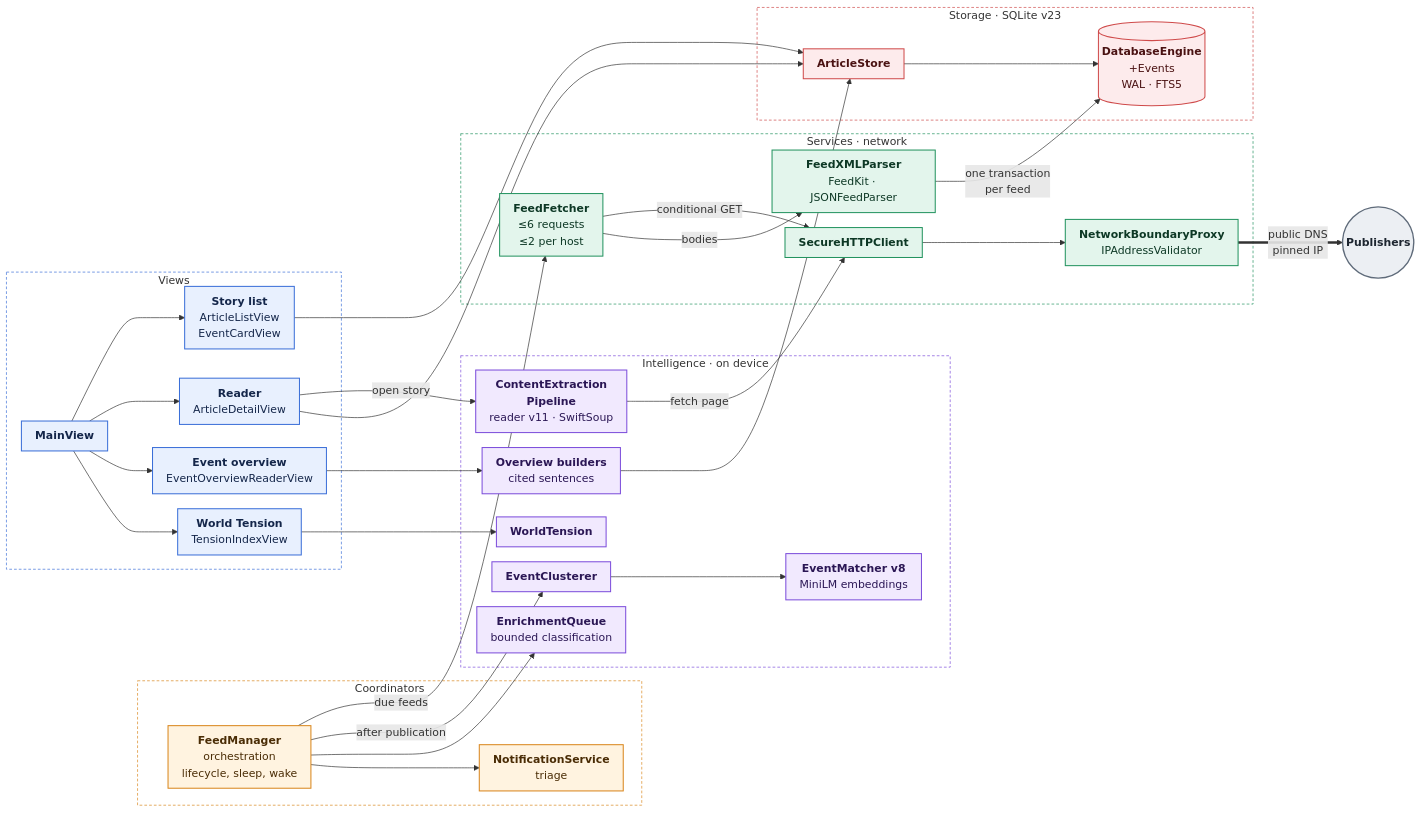
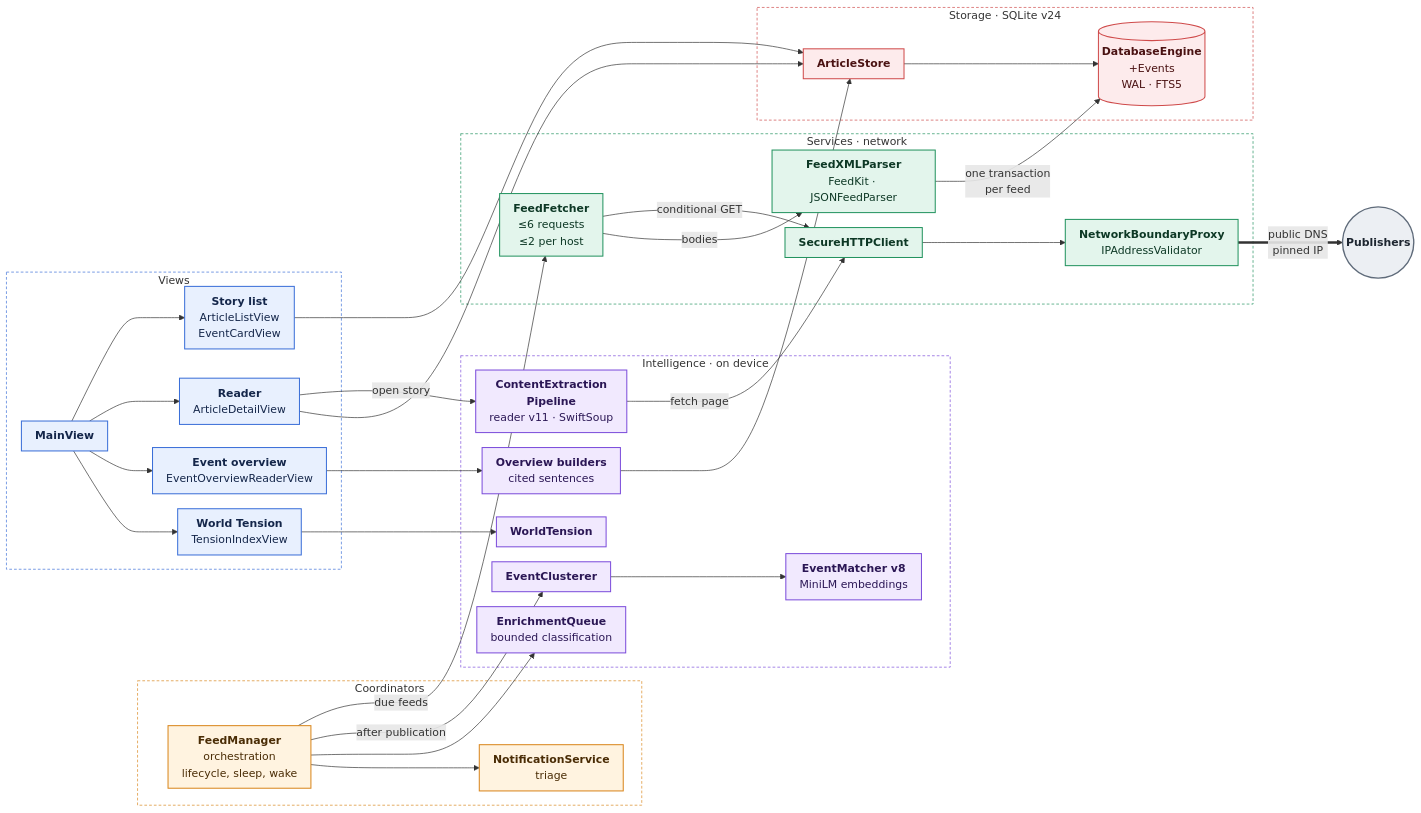
One commit to marspater/NewsApp-macOS changed the first of 3 diagrams in docs/ARCHITECTURE.md. Above: the diagram before and after it, drawn with Mermaid. The commit also changed other lines of this file and 20 other files, not shown here.

First line of the commit message:
feat(events): stored article signals, act-class veto and related-act links (matcher v9, schema v24)

````diff
--- a/docs/ARCHITECTURE.md
+++ b/docs/ARCHITECTURE.md
@@ -22,75 +22,75 @@
 ```mermaid
 %%{init: {"flowchart": {"curve": "basis", "nodeSpacing": 22, "rankSpacing": 44, "padding": 10}}}%%
 flowchart LR
     subgraph Coord["Coordinators"]
         FM["<b>FeedManager</b><br/>orchestration<br/>lifecycle, sleep, wake"]
         NS["<b>NotificationService</b><br/>triage"]
     end
 
     subgraph UI["Views"]
         Main["<b>MainView</b>"]
         List["<b>Story list</b><br/>ArticleListView<br/>EventCardView"]
         Reader["<b>Reader</b><br/>ArticleDetailView"]
         Overview["<b>Event overview</b><br/>EventOverviewReaderView"]
         Tension["<b>World Tension</b><br/>TensionIndexView"]
     end
 
     subgraph Intel["Intelligence · on device"]
         EQ["<b>EnrichmentQueue</b><br/>bounded classification"]
         EC["<b>EventClusterer</b>"]
         EM["<b>EventMatcher v8</b><br/>MiniLM embeddings"]
         CEP["<b>ContentExtraction<br/>Pipeline</b><br/>reader v11 · SwiftSoup"]
         OV["<b>Overview builders</b><br/>cited sentences"]
         WT["<b>WorldTension</b>"]
     end
 
     subgraph Svc["Services · network"]
         FF["<b>FeedFetcher</b><br/>≤6 requests<br/>≤2 per host"]
         Parse["<b>FeedXMLParser</b><br/>FeedKit · JSONFeedParser"]
         HTTP["<b>SecureHTTPClient</b>"]
         GW["<b>NetworkBoundaryProxy</b><br/>IPAddressValidator"]
     end
 
-    subgraph Store["Storage · SQLite v23"]
+    subgraph Store["Storage · SQLite v24"]
         AS["<b>ArticleStore</b>"]
         DB[("<b>DatabaseEngine</b><br/>+Events<br/>WAL · FTS5")]
     end
 
     Net(("<b>Publishers</b>"))
 
     FM -->|due feeds| FF
     FM -->|after publication| EC
     FM --> EQ & NS
     EC --> EM
     FF -->|conditional GET| HTTP
     FF -->|bodies| Parse
     Parse -->|one transaction<br/>per feed| DB
     Main --> List & Reader & Overview & Tension
     Reader -->|open story| CEP
     CEP -->|fetch page| HTTP
     HTTP --> GW
     GW ==>|public DNS<br/>pinned IP| Net
     Overview --> OV
     OV --> AS
     List & Reader --> AS
     AS --> DB
     Tension --> WT
 
     classDef ui fill:#E8F0FE,stroke:#3B6FD8,stroke-width:1.5px,color:#14264A
     classDef coord fill:#FFF3E0,stroke:#D9861C,stroke-width:1.5px,color:#4A2C05
     classDef intel fill:#F1E9FE,stroke:#7C4DDB,stroke-width:1.5px,color:#2B1755
     classDef svc fill:#E3F5EC,stroke:#23935F,stroke-width:1.5px,color:#0D3825
     classDef store fill:#FDEBEC,stroke:#CF4A4A,stroke-width:1.5px,color:#4A1212
     classDef ext fill:#ECEFF3,stroke:#5F6B7A,stroke-width:2px,color:#1E2630
     class Main,List,Reader,Overview,Tension ui
     class FM,NS coord
     class CEP,EQ,EC,EM,OV,WT intel
     class FF,Parse,HTTP,GW svc
     class AS,DB store
     class Net ext
     style UI fill:none,stroke:#3B6FD8,stroke-dasharray:4 3
     style Coord fill:none,stroke:#D9861C,stroke-dasharray:4 3
     style Intel fill:none,stroke:#7C4DDB,stroke-dasharray:4 3
     style Svc fill:none,stroke:#23935F,stroke-dasharray:4 3
     style Store fill:none,stroke:#CF4A4A,stroke-dasharray:4 3
 ```
````
